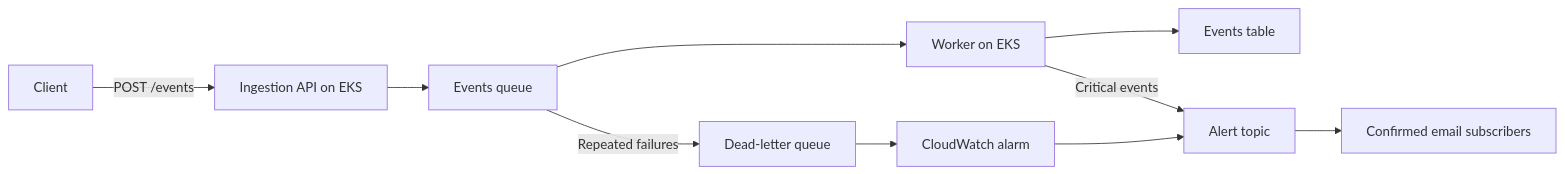
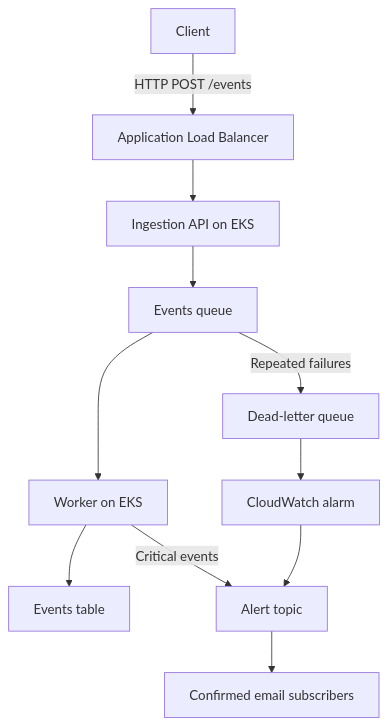
The diagram in README.md (azadehalimirzaie-dotcom/atlasops), drawn with Mermaid before and after one commit. The commit also changed other lines of this file, not shown here.

````diff
--- a/README.md
+++ b/README.md
@@ -5,12 +5,13 @@
 ```mermaid
-flowchart LR
-    Client -->|POST /events| API[Ingestion API on EKS]
+flowchart TB
+    Client -->|HTTP POST /events| ALB[Application Load Balancer]
+    ALB --> API[Ingestion API on EKS]
     API --> SQS[Events queue]
     SQS --> Worker[Worker on EKS]
     Worker --> DynamoDB[Events table]
     Worker -->|Critical events| SNS[Alert topic]
     SQS -->|Repeated failures| DLQ[Dead-letter queue]
     DLQ --> CW[CloudWatch alarm]
     CW --> SNS
     SNS --> Email[Confirmed email subscribers]
 ```
````
